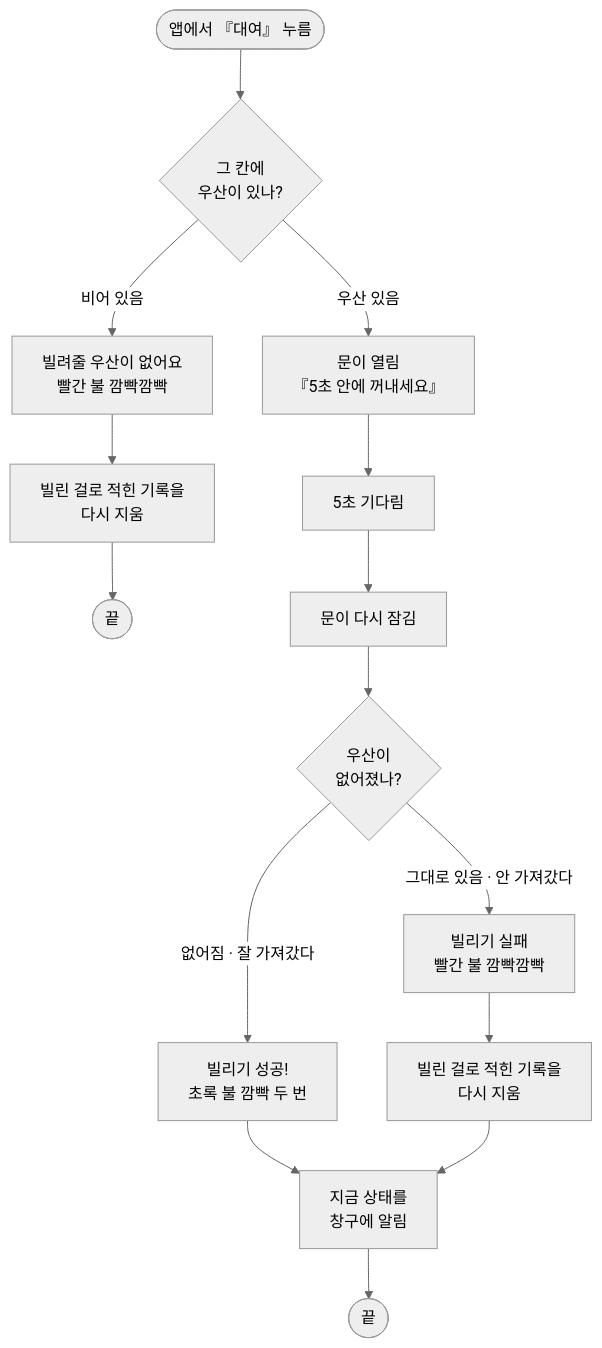
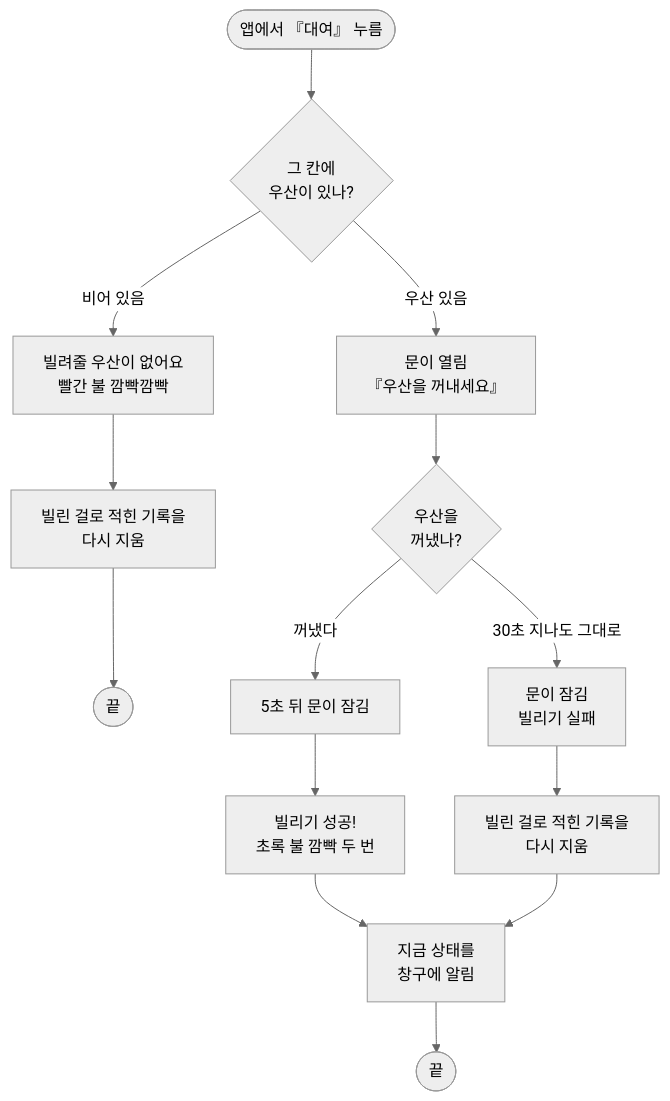
One commit to ralralra/eps32 changed the second of 4 diagrams in esp32-class-projects/06_umbrella/step5_locker/flowchart.md. Above: the diagram before and after it, drawn with Mermaid (neutral theme). The commit also changed other lines of this file and 4 other files, not shown here.

````diff
--- a/esp32-class-projects/06_umbrella/step5_locker/flowchart.md
+++ b/esp32-class-projects/06_umbrella/step5_locker/flowchart.md
@@ -28,18 +28,17 @@
 ```mermaid
 flowchart TD
     A(["앱에서 『대여』 누름"]) --> B{"그 칸에<br/>우산이 있나?"}
     B -- "비어 있음" --> C["빌려줄 우산이 없어요<br/>빨간 불 깜빡깜빡"]
     C --> D["빌린 걸로 적힌 기록을<br/>다시 지움"]
     D --> Z(["끝"])
 
-    B -- "우산 있음" --> E["문이 열림<br/>『5초 안에 꺼내세요』"]
-    E --> F["5초 기다림"]
-    F --> G["문이 다시 잠김"]
-    G --> H{"우산이<br/>없어졌나?"}
-    H -- "없어짐 · 잘 가져갔다" --> I["빌리기 성공!<br/>초록 불 깜빡 두 번"]
-    H -- "그대로 있음 · 안 가져갔다" --> J["빌리기 실패<br/>빨간 불 깜빡깜빡"]
+    B -- "우산 있음" --> E["문이 열림<br/>『우산을 꺼내세요』"]
+    E --> H{"우산을<br/>꺼냈나?"}
+    H -- "꺼냈다" --> G["5초 뒤 문이 잠김"]
+    G --> I["빌리기 성공!<br/>초록 불 깜빡 두 번"]
+    H -- "30초 지나도 그대로" --> J["문이 잠김<br/>빌리기 실패"]
     J --> K["빌린 걸로 적힌 기록을<br/>다시 지움"]
     I --> L["지금 상태를<br/>창구에 알림"]
     K --> L
     L --> Z2(["끝"])
 ```
````
